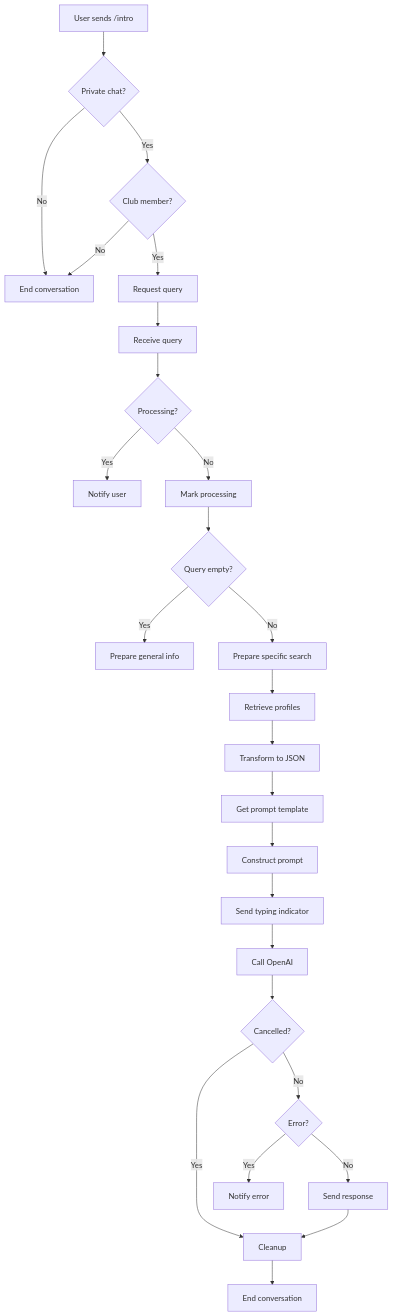
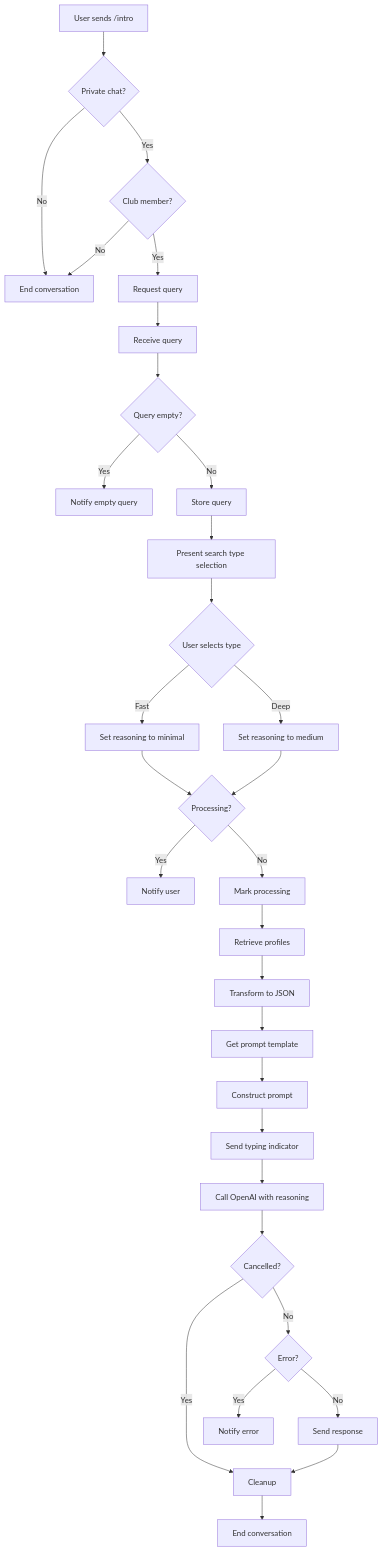
The fifth of 7 diagrams in .qoder/repowiki/en/content/AI-Powered Search/Member Introduction Search.md (it-beard/evo-bot-go), drawn with Mermaid before and after one commit. The commit also changed other lines of this file and 14 other files, not shown here.

First line of the commit message:
feat(search): add search type selection with fast and deep options to all search handlers

````diff
--- a/.qoder/repowiki/en/content/AI-Powered Search/Member Introduction Search.md
+++ b/.qoder/repowiki/en/content/AI-Powered Search/Member Introduction Search.md
@@ -199,28 +212,33 @@
 ```mermaid
 flowchart TD
 A[User sends /intro] --> B{Private chat?}
 B --> |No| C[End conversation]
 B --> |Yes| D{Club member?}
 D --> |No| C
 D --> |Yes| E[Request query]
 E --> F[Receive query]
-F --> G{Processing?}
-G --> |Yes| H[Notify user]
-G --> |No| I[Mark processing]
-I --> J{Query empty?}
-J --> |Yes| K[Prepare general info]
-J --> |No| L[Prepare specific search]
-L --> M[Retrieve profiles]
-M --> N[Transform to JSON]
-N --> O[Get prompt template]
-O --> P[Construct prompt]
-P --> Q[Send typing indicator]
-Q --> R[Call OpenAI]
-R --> S{Cancelled?}
-S --> |Yes| T[Cleanup]
-S --> |No| U{Error?}
-U --> |Yes| V[Notify error]
-U --> |No| W[Send response]
-W --> T
-T --> X[End conversation]
+F --> G{Query empty?}
+G --> |Yes| H[Notify empty query]
+G --> |No| I[Store query]
+I --> J[Present search type selection]
+J --> K{User selects type}
+K --> |Fast| L[Set reasoning to minimal]
+K --> |Deep| M[Set reasoning to medium]
+L --> N{Processing?}
+M --> N
+N --> |Yes| O[Notify user]
+N --> |No| P[Mark processing]
+P --> Q[Retrieve profiles]
+Q --> R[Transform to JSON]
+R --> S[Get prompt template]
+S --> T[Construct prompt]
+T --> U[Send typing indicator]
+U --> V[Call OpenAI with reasoning]
+V --> W{Cancelled?}
+W --> |Yes| X[Cleanup]
+W --> |No| Y{Error?}
+Y --> |Yes| Z[Notify error]
+Y --> |No| AA[Send response]
+AA --> X
+X --> AB[End conversation]
 ```
````
